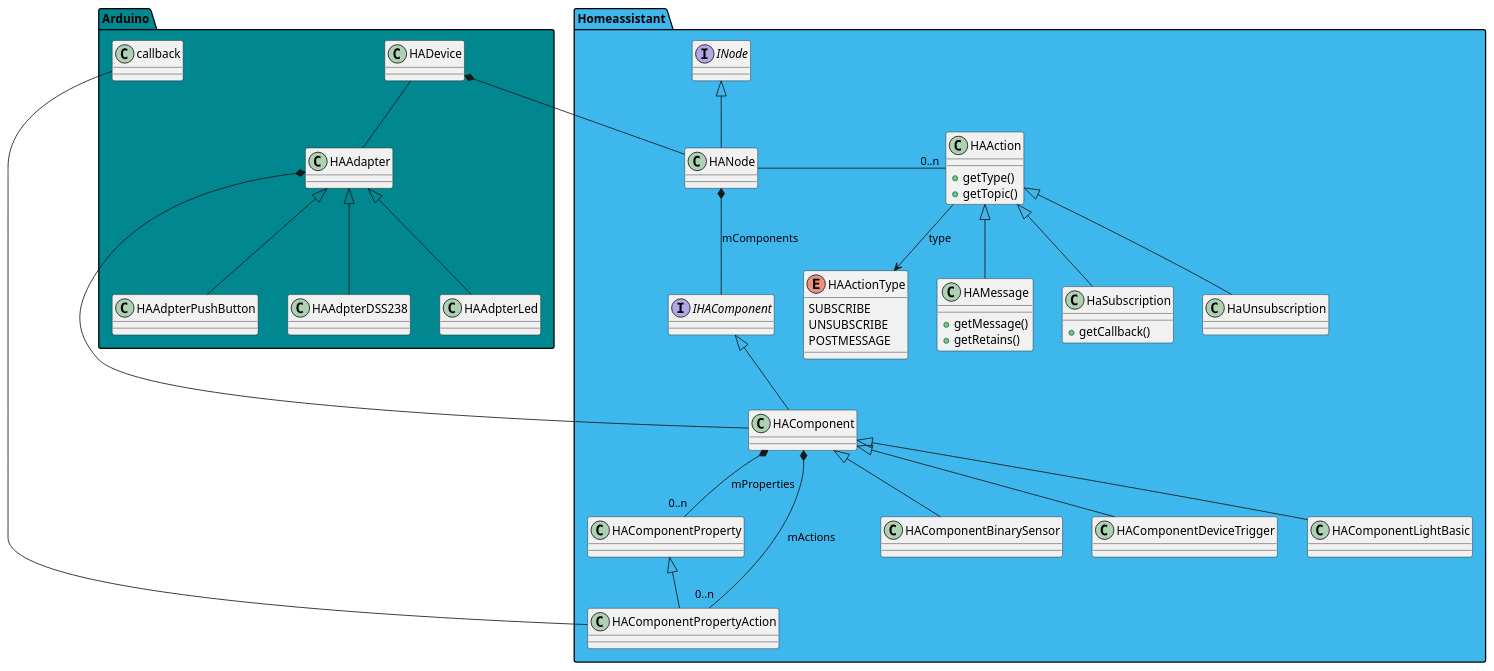
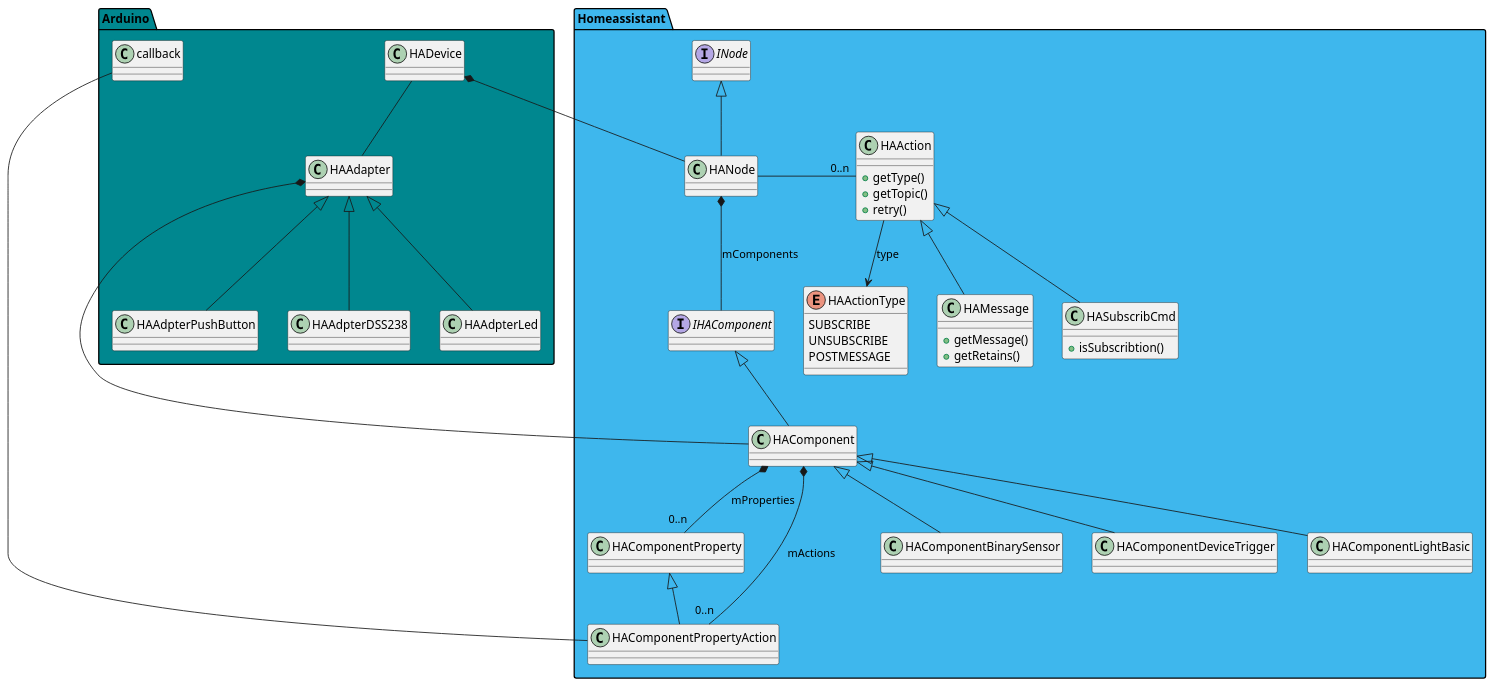
Before and after one commit to SBKila/homeassistantlibrary: the diagram in doc/src/CD_All.puml, drawn with PlantUML. The commit also changed 20 other files, not shown here.

```diff
--- a/doc/src/CD_All.puml
+++ b/doc/src/CD_All.puml
@@ -1,70 +1,66 @@
 @startuml General Class Diagram
 
 
 package "Arduino" #00878F {
 
   class HADevice
   HADevice -- HAAdapter
   HAAdapter <|-- HAAdpterPushButton
   HAAdapter <|-- HAAdpterDSS238
   HAAdapter <|-- HAAdpterLed
   class callback
 
 }
 
 package "Homeassistant" #3eb7ed {
 
   interface INode
   class HANode
   HADevice *-- HANode
   INode <|-- HANode
   HANode *-- IHAComponent : mComponents
   HANode - "0..n" HAAction
 
 
   interface IHAComponent
   class HAComponent
   IHAComponent <|-- HAComponent
   HAComponent *-- "0..n" HAComponentProperty : mProperties
   HAComponent *-- "0..n" HAComponentPropertyAction : mActions
   HAAdapter *-- HAComponent
 
   class HAComponentProperty
   class HAComponentPropertyAction
   HAComponentProperty <|-- HAComponentPropertyAction
   callback -- HAComponentPropertyAction
 
-
   HAComponent <|-- HAComponentBinarySensor
   HAComponent <|-- HAComponentDeviceTrigger
   HAComponent <|-- HAComponentLightBasic
-
 
   enum HAActionType {
     SUBSCRIBE
     UNSUBSCRIBE
     POSTMESSAGE
   }
 
   class HAAction {
     +getType()
     +getTopic()
+    +retry()
   }
-  HAAction --> HAActionType : type
-  HAAction <|-- HAMessage
-  HAAction <|-- HaSubscription
-  HAAction <|-- HaUnsubscription
-
   class HAMessage {
     +getMessage()
     +getRetains()
   }
-  class HaSubscription {
-    +getCallback()
+  class HASubscribCmd {
+    +isSubscribtion()
   }
-  class HaUnsubscription {
-  }
-
+  HAAction --> HAActionType : type
+  HAAction <|-- HAMessage
+  HAAction <|-- HASubscribCmd
+  
+  
 }
 
 @enduml
```
